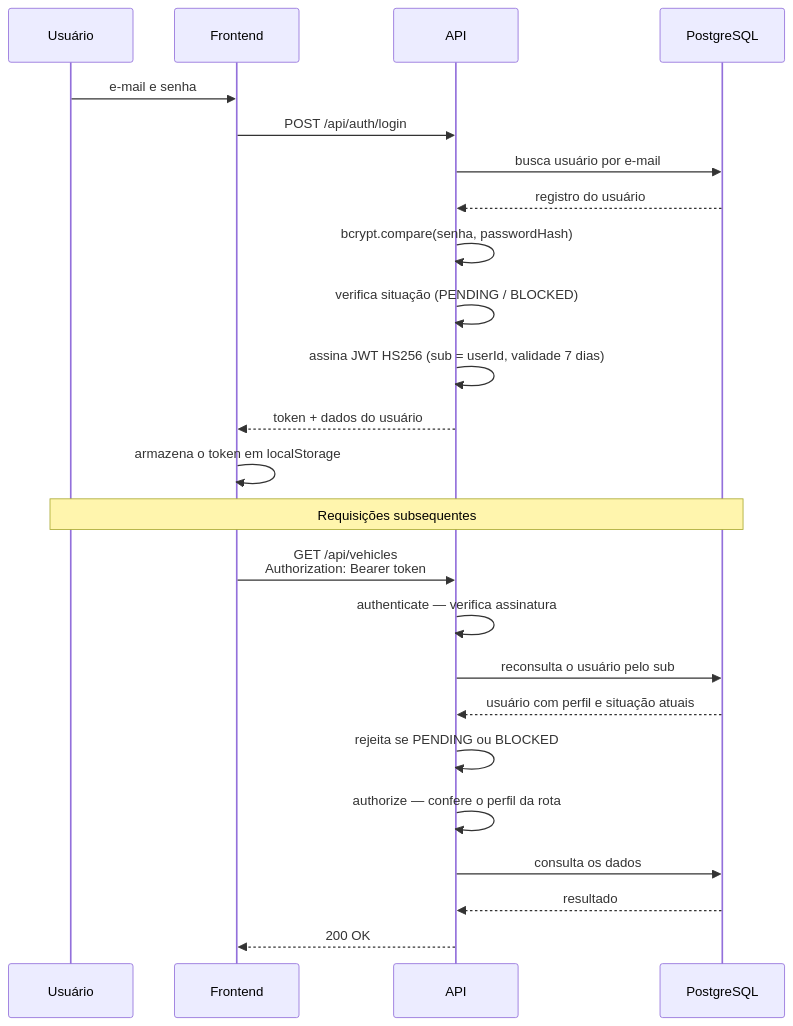
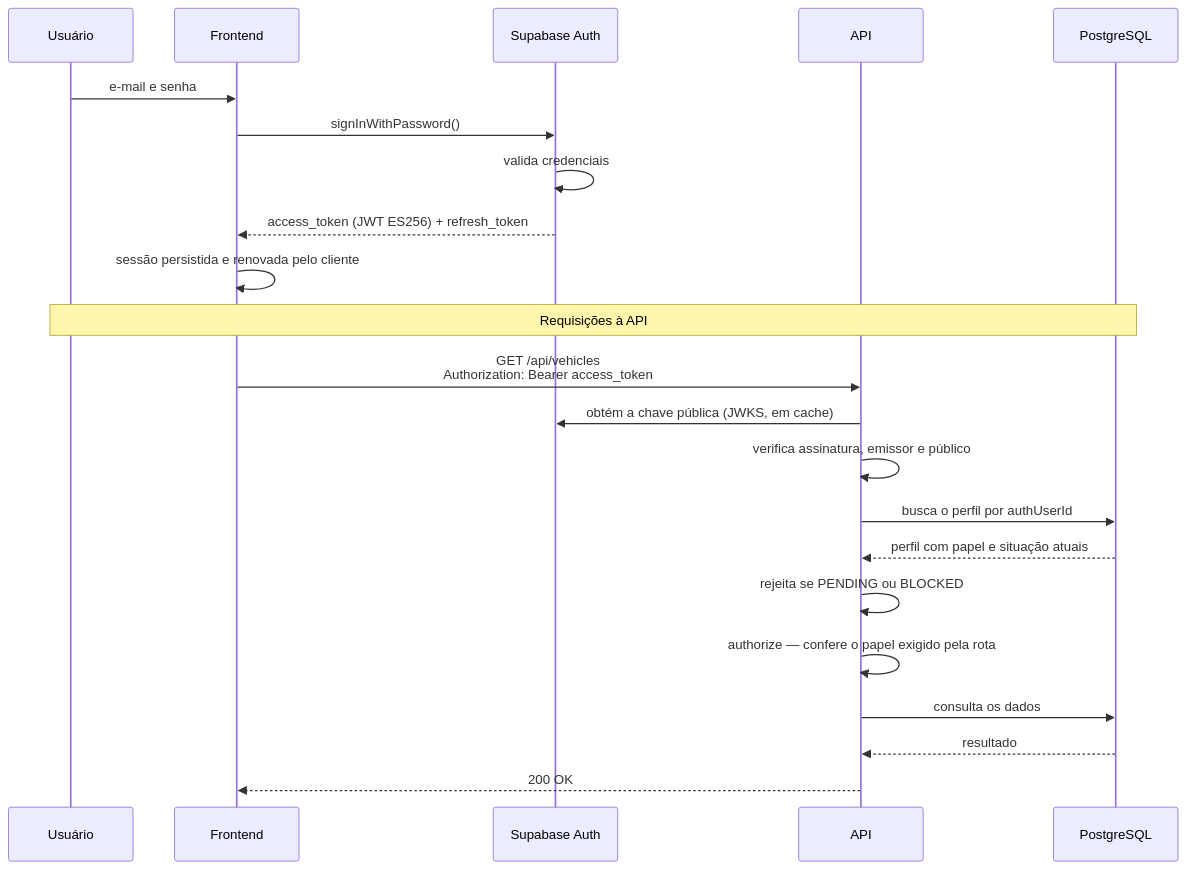
One commit to gregoryjereissati/pfi-fleet-manager changed the fourth of 6 diagrams in docs/04-arquitetura.md. Above: the diagram before and after it, drawn with Mermaid. The commit also changed other lines of this file and 42 other files, not shown here.

First line of the commit message:
feat: migra autenticacao para o Supabase Auth

````diff
--- a/docs/04-arquitetura.md
+++ b/docs/04-arquitetura.md
@@ -140,29 +145,27 @@
 ```mermaid
 sequenceDiagram
     participant U as Usuário
     participant W as Frontend
+    participant SA as Supabase Auth
     participant A as API
     participant D as PostgreSQL
 
     U->>W: e-mail e senha
-    W->>A: POST /api/auth/login
-    A->>D: busca usuário por e-mail
-    D-->>A: registro do usuário
-    A->>A: bcrypt.compare(senha, passwordHash)
-    A->>A: verifica situação (PENDING / BLOCKED)
-    A->>A: assina JWT HS256 (sub = userId, validade 7 dias)
-    A-->>W: token + dados do usuário
-    W->>W: armazena o token em localStorage
+    W->>SA: signInWithPassword()
+    SA->>SA: valida credenciais
+    SA-->>W: access_token (JWT ES256) + refresh_token
+    W->>W: sessão persistida e renovada pelo cliente
 
-    Note over U,D: Requisições subsequentes
+    Note over U,D: Requisições à API
 
-    W->>A: GET /api/vehicles<br/>Authorization: Bearer token
-    A->>A: authenticate — verifica assinatura
-    A->>D: reconsulta o usuário pelo sub
-    D-->>A: usuário com perfil e situação atuais
+    W->>A: GET /api/vehicles<br/>Authorization: Bearer access_token
+    A->>SA: obtém a chave pública (JWKS, em cache)
+    A->>A: verifica assinatura, emissor e público
+    A->>D: busca o perfil por authUserId
+    D-->>A: perfil com papel e situação atuais
     A->>A: rejeita se PENDING ou BLOCKED
-    A->>A: authorize — confere o perfil da rota
+    A->>A: authorize — confere o papel exigido pela rota
     A->>D: consulta os dados
     D-->>A: resultado
     A-->>W: 200 OK
 ```
````
